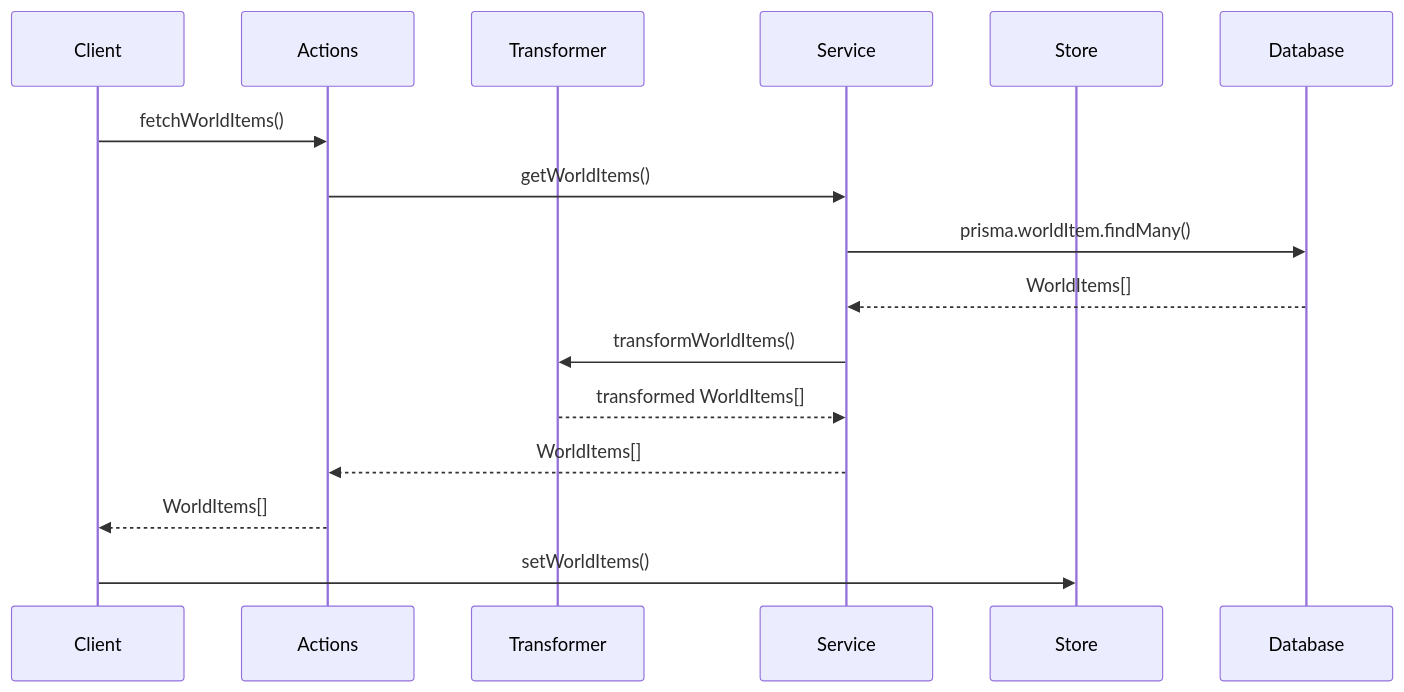
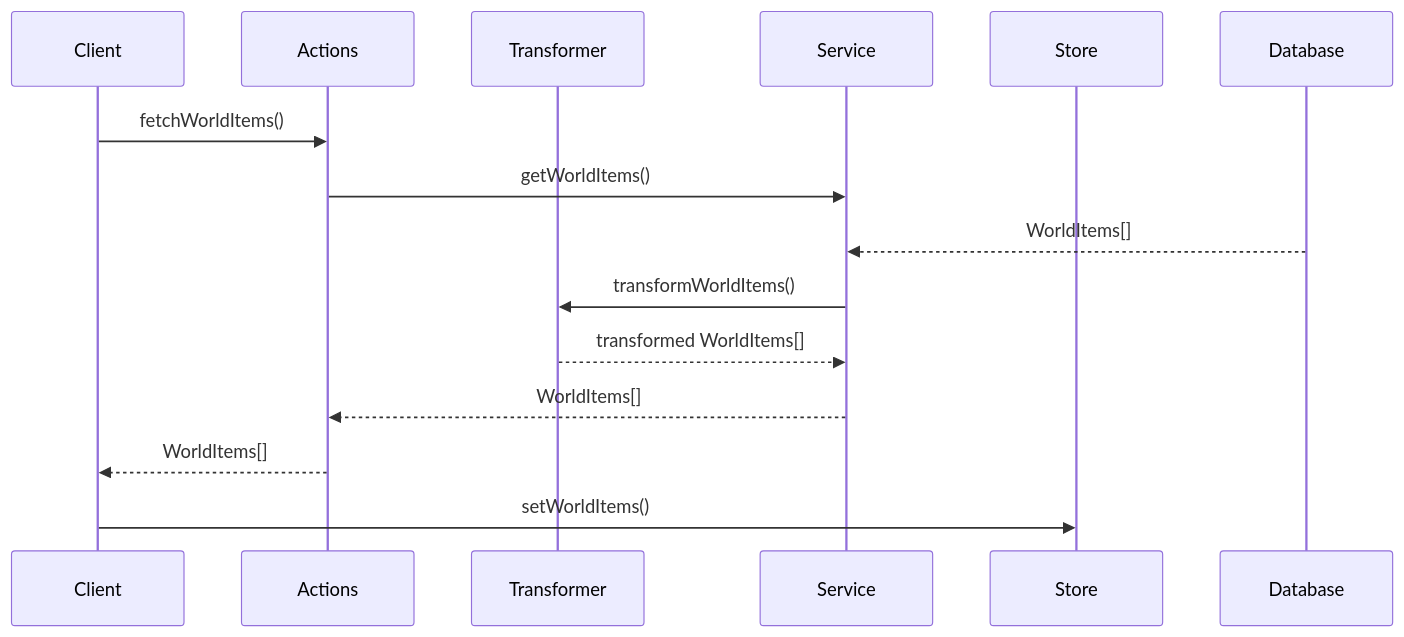
The second of 2 diagrams in src/transformers/world-item/documentation.md (gvastethecreator/media-manager), drawn with Mermaid before and after one commit. The commit also changed other lines of this file and 176 other files, not shown here.

````diff
--- a/src/transformers/world-item/documentation.md
+++ b/src/transformers/world-item/documentation.md
@@ -37,19 +37,19 @@
 ```mermaid
 sequenceDiagram
     participant Client
     participant Actions
     participant Transformer
     participant Service
     participant Store
     participant Database
 
     Client->>Actions: fetchWorldItems()
     Actions->>Service: getWorldItems()
-    Service->>Database: prisma.worldItem.findMany()
+    
     Database-->>Service: WorldItems[]
     Service->>Transformer: transformWorldItems()
     Transformer-->>Service: transformed WorldItems[]
     Service-->>Actions: WorldItems[]
     Actions-->>Client: WorldItems[]
     Client->>Store: setWorldItems()
 ```
````
